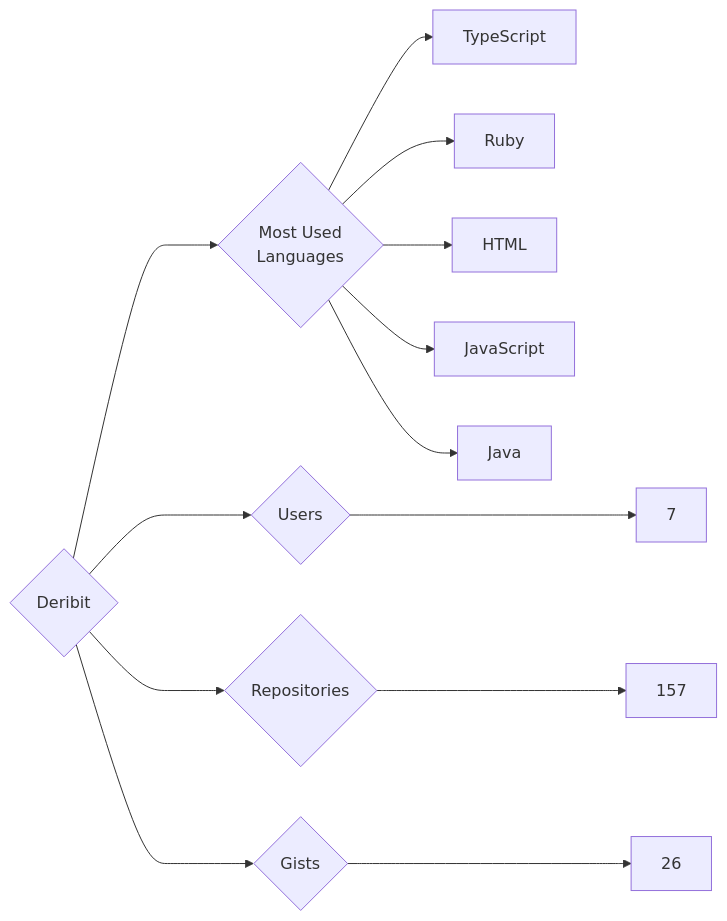
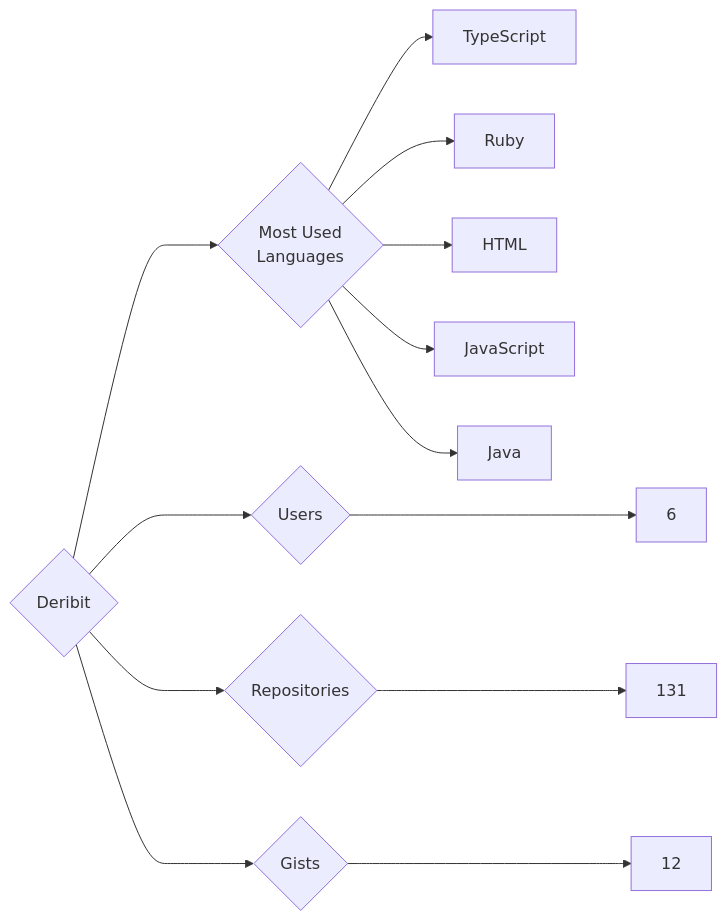
The diagram in targets/Deribit/README.md (trickest/insiders), drawn with Mermaid before and after one commit. The commit also changed 783 other files, not shown here.

````diff
--- a/targets/Deribit/README.md
+++ b/targets/Deribit/README.md
@@ -3,13 +3,13 @@
 ```mermaid
 graph LR
 COMPANY_NAME{Deribit}
-COMPANY_NAME ---> U{Users} ---> UN[7]
-COMPANY_NAME ---> R{Repositories} ---> RN[157]
-COMPANY_NAME ---> G{Gists} ---> GN[26]
+COMPANY_NAME ---> U{Users} ---> UN[6]
+COMPANY_NAME ---> R{Repositories} ---> RN[131]
+COMPANY_NAME ---> G{Gists} ---> GN[12]
 COMPANY_NAME ---> ML{Most Used<br>Languages}
 ML --> TypeScript[TypeScript]
 ML --> Ruby[Ruby]
 ML --> HTML[HTML]
 ML --> JavaScript[JavaScript]
 ML --> Java[Java]
 ```
````
